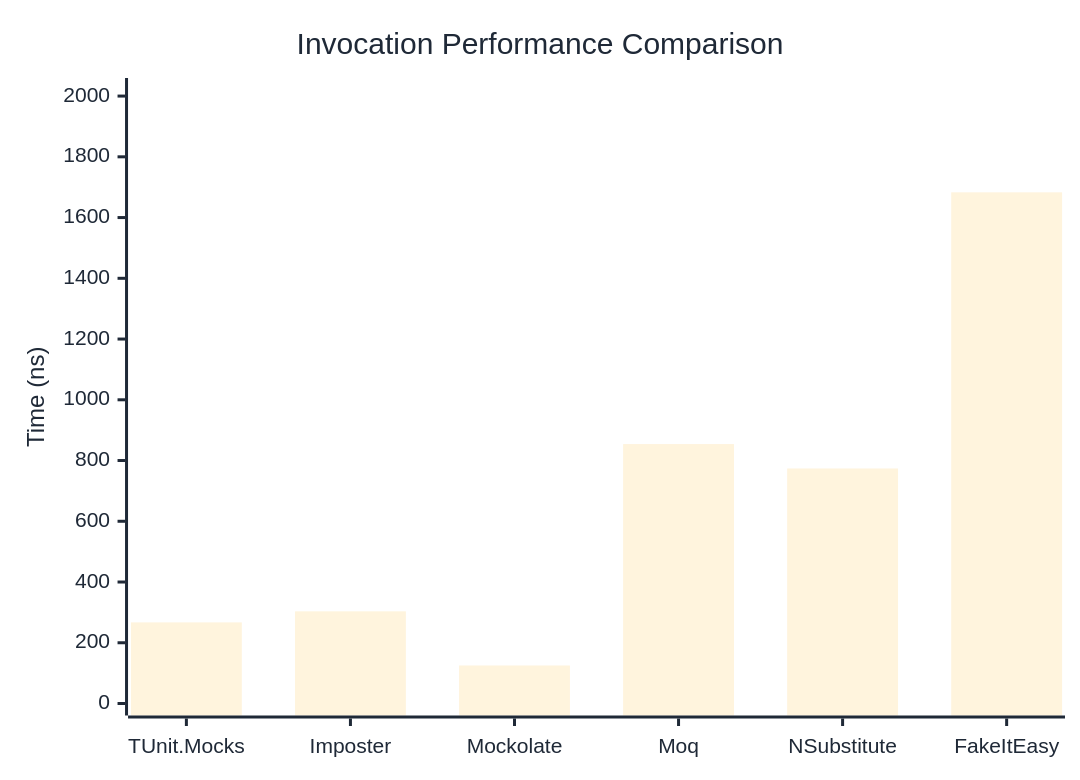
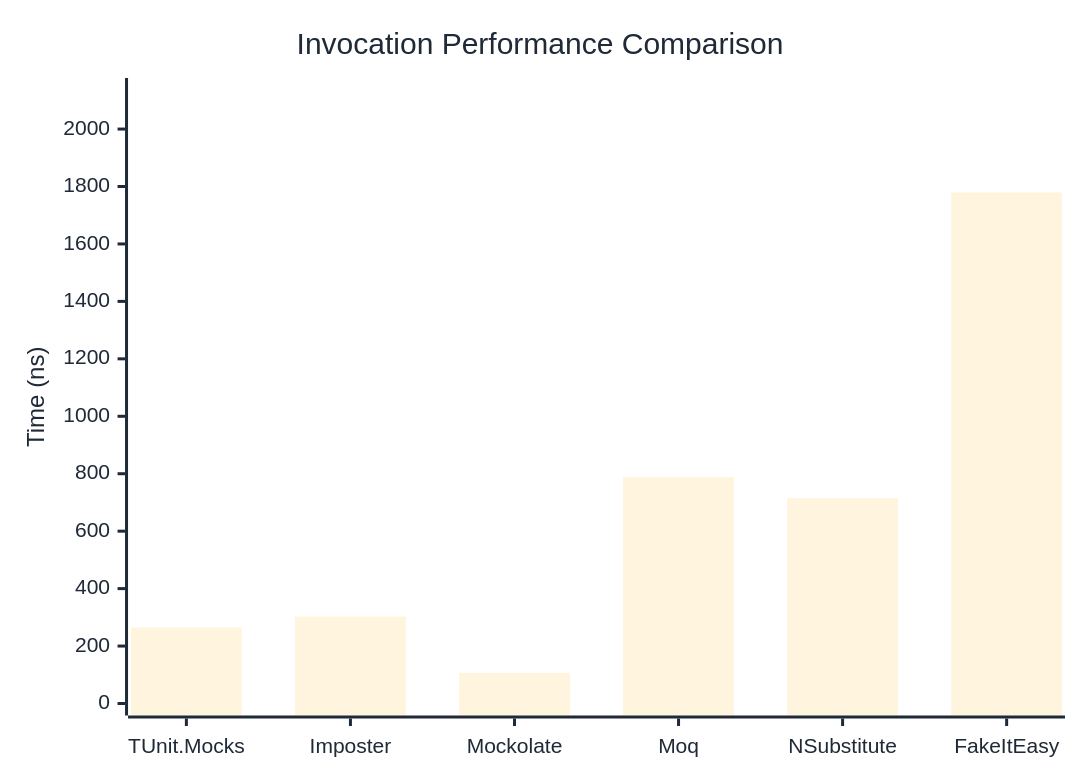
The first of 3 diagrams in docs/docs/benchmarks/mocks/Invocation.md (thomhurst/TUnit), drawn with Mermaid before and after one commit. The commit also changed other lines of this file and 14 other files, not shown here.

````diff
--- a/docs/docs/benchmarks/mocks/Invocation.md
+++ b/docs/docs/benchmarks/mocks/Invocation.md
@@ -28,27 +28,27 @@
 ```mermaid
 %%{init: {
   'theme':'base',
   'themeVariables': {
     'primaryColor': '#2563eb',
     'primaryTextColor': '#1f2937',
     'primaryBorderColor': '#1e40af',
     'lineColor': '#6b7280',
     'secondaryColor': '#7c3aed',
     'tertiaryColor': '#dc2626',
     'background': '#ffffff',
     'pie1': '#2563eb',
     'pie2': '#7c3aed',
     'pie3': '#dc2626',
     'pie4': '#f59e0b',
     'pie5': '#10b981',
     'pie6': '#06b6d4',
     'pie7': '#ec4899',
     'pie8': '#6366f1'
   }
 }}%%
 xychart-beta
   title "Invocation Performance Comparison"
   x-axis ["TUnit.Mocks", "Imposter", "Mockolate", "Moq", "NSubstitute", "FakeItEasy"]
-  y-axis "Time (ns)" 0 --> 2020
-  bar [267.09, 303.44, 125.19, 854.16, 773.8, 1683.09]
+  y-axis "Time (ns)" 0 --> 2136
+  bar [264.6, 302.39, 106.91, 787.59, 714.86, 1779.38]
 ```
````
